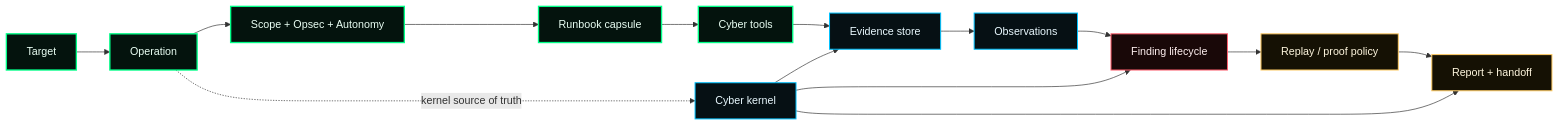
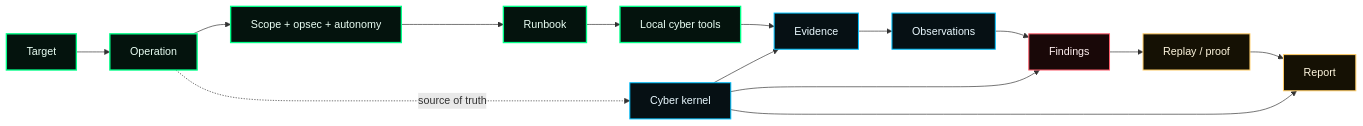
One commit to FrancescoStabile/numasec changed the first of 3 diagrams in README.md. Above: the diagram before and after it, drawn with Mermaid. The commit also changed other lines of this file and 4 other files, not shown here.

````diff
--- a/README.md
+++ b/README.md
@@ -132,28 +135,28 @@
 ```mermaid
 flowchart LR
   target["Target"] --> operation["Operation"]
-  operation --> posture["Scope + Opsec + Autonomy"]
-  posture --> runbook["Runbook capsule"]
-  runbook --> tools["Cyber tools"]
+  operation --> posture["Scope + opsec + autonomy"]
+  posture --> runbook["Runbook"]
+  runbook --> tools["Local cyber tools"]
 
-  tools --> evidence["Evidence store"]
+  tools --> evidence["Evidence"]
   evidence --> observations["Observations"]
-  observations --> findings["Finding lifecycle"]
-  findings --> proof["Replay / proof policy"]
-  proof --> report["Report + handoff"]
+  observations --> findings["Findings"]
+  findings --> proof["Replay / proof"]
+  proof --> report["Report"]
 
-  operation -. kernel source of truth .-> kernel["Cyber kernel"]
+  operation -. source of truth .-> kernel["Cyber kernel"]
   kernel --> evidence
   kernel --> findings
   kernel --> report
 
   classDef primary fill:#04130d,stroke:#00ff88,color:#eafff4,stroke-width:2px;
   classDef secondary fill:#061014,stroke:#00c2ff,color:#eaf9ff,stroke-width:1.5px;
   classDef proofNode fill:#151104,stroke:#ffcc66,color:#fff7df,stroke-width:1.5px;
   classDef findingNode fill:#190808,stroke:#ff5f6d,color:#fff0f0,stroke-width:1.5px;
 
   class target,operation,posture,runbook,tools primary;
   class evidence,observations,kernel secondary;
   class proof,report proofNode;
   class findings findingNode;
 ```
````
